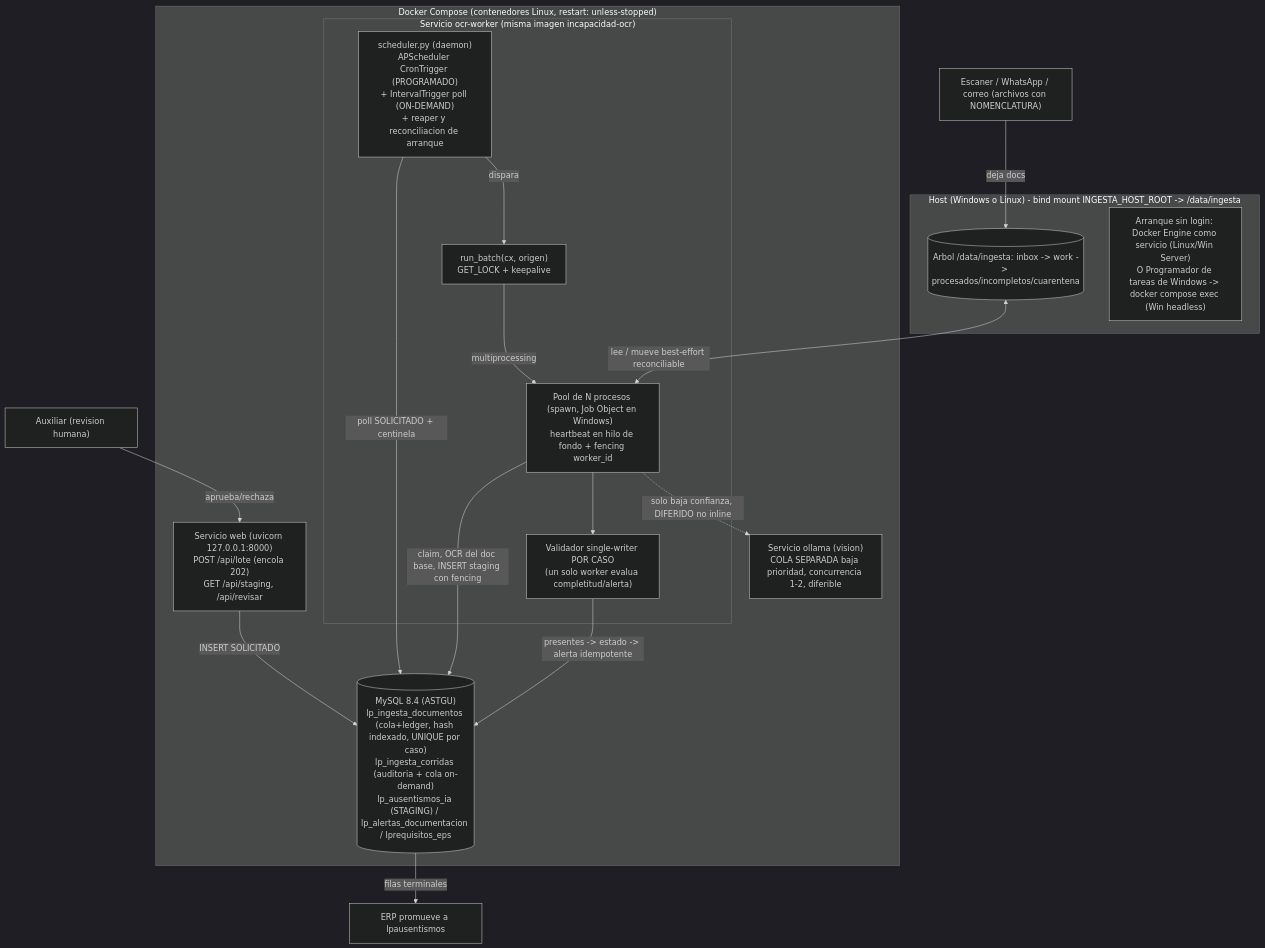
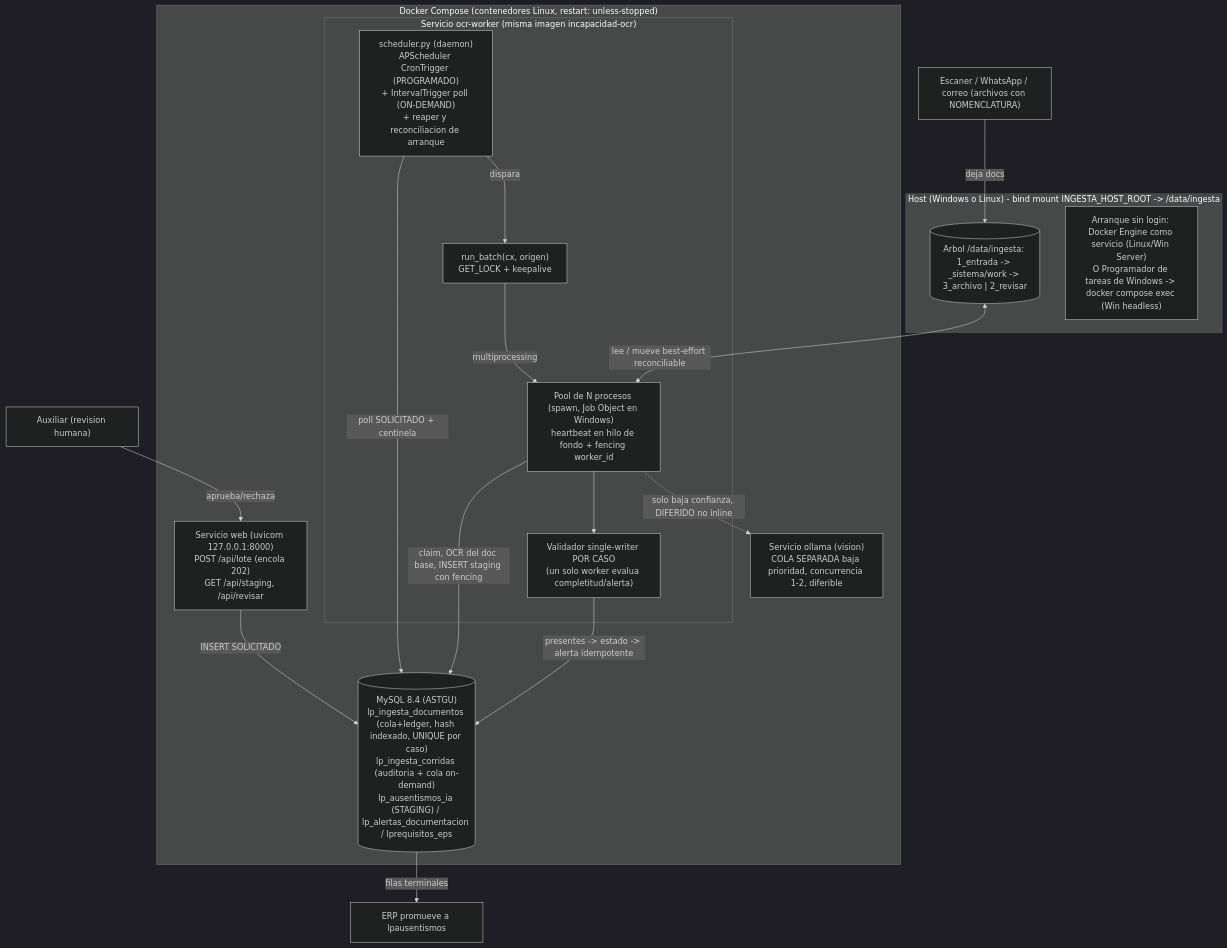
One commit to jcastanovivetori/incapacidad-ocr changed the diagram in PLAN_INGESTA_MASIVA.md. Above: the diagram before and after it, drawn with Mermaid (dark theme). The commit also changed other lines of this file and 41 other files, not shown here.

````diff
--- a/PLAN_INGESTA_MASIVA.md
+++ b/PLAN_INGESTA_MASIVA.md
@@ -18,32 +18,32 @@
 ```mermaid
 flowchart TB
     subgraph HOST["Host (Windows o Linux) - bind mount INGESTA_HOST_ROOT -> /data/ingesta"]
-        FS[("Arbol /data/ingesta: inbox -> work -> procesados/incompletos/cuarentena")]
+        FS[("Arbol /data/ingesta: 1_entrada -> _sistema/work -> 3_archivo | 2_revisar")]
         WSCHED["Arranque sin login: Docker Engine como servicio (Linux/Win Server)\nO Programador de tareas de Windows -> docker compose exec (Win headless)"]
     end
 
     subgraph DOCKER["Docker Compose (contenedores Linux, restart: unless-stopped)"]
         subgraph WORKER["Servicio ocr-worker (misma imagen incapacidad-ocr)"]
             SCHED["scheduler.py (daemon)\nAPScheduler CronTrigger (PROGRAMADO)\n+ IntervalTrigger poll (ON-DEMAND)\n+ reaper y reconciliacion de arranque"]
             RUN["run_batch(cx, origen)\nGET_LOCK + keepalive"]
             POOL["Pool de N procesos (spawn, Job Object en Windows)\nheartbeat en hilo de fondo + fencing worker_id"]
             CASEVAL["Validador single-writer POR CASO\n(un solo worker evalua completitud/alerta)"]
             SCHED -->|dispara| RUN
             RUN -->|multiprocessing| POOL
             POOL --> CASEVAL
         end
         WEB["Servicio web (uvicorn 127.0.0.1:8000)\nPOST /api/lote (encola 202)\nGET /api/staging, /api/revisar"]
         DB[("MySQL 8.4 (ASTGU)\nlp_ingesta_documentos (cola+ledger, hash indexado, UNIQUE por caso)\nlp_ingesta_corridas (auditoria + cola on-demand)\nlp_ausentismos_ia (STAGING) / lp_alertas_documentacion / lprequisitos_eps")]
         OLL["Servicio ollama (vision)\nCOLA SEPARADA baja prioridad, concurrencia 1-2, diferible"]
     end
 
     ESCANER["Escaner / WhatsApp / correo (archivos con NOMENCLATURA)"] -->|deja docs| FS
     FS <-->|lee / mueve best-effort reconciliable| POOL
     WEB -->|INSERT SOLICITADO| DB
     SCHED -->|poll SOLICITADO + centinela| DB
     POOL -->|claim, OCR del doc base, INSERT staging con fencing| DB
     CASEVAL -->|presentes -> estado -> alerta idempotente| DB
     POOL -.->|solo baja confianza, DIFERIDO no inline| OLL
     AUX["Auxiliar (revision humana)"] -->|aprueba/rechaza| WEB
     DB -->|filas terminales| ERP["ERP promueve a lpausentismos"]
 ```
````
